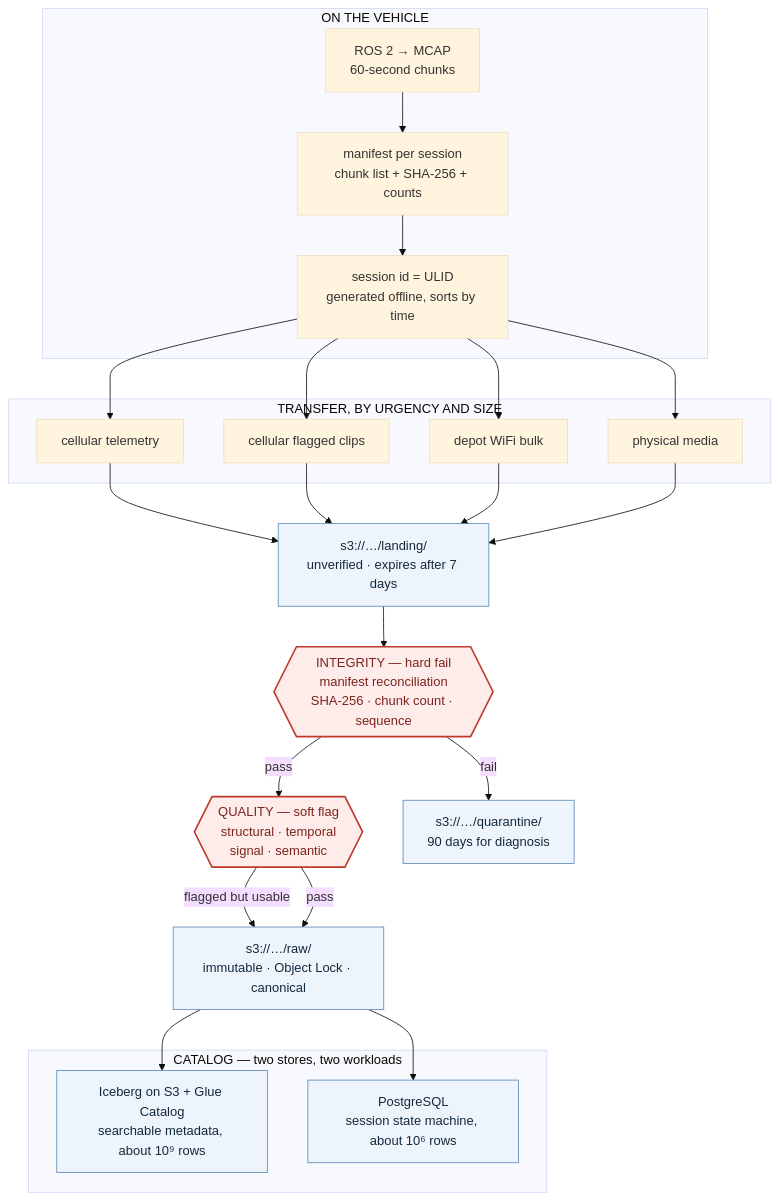
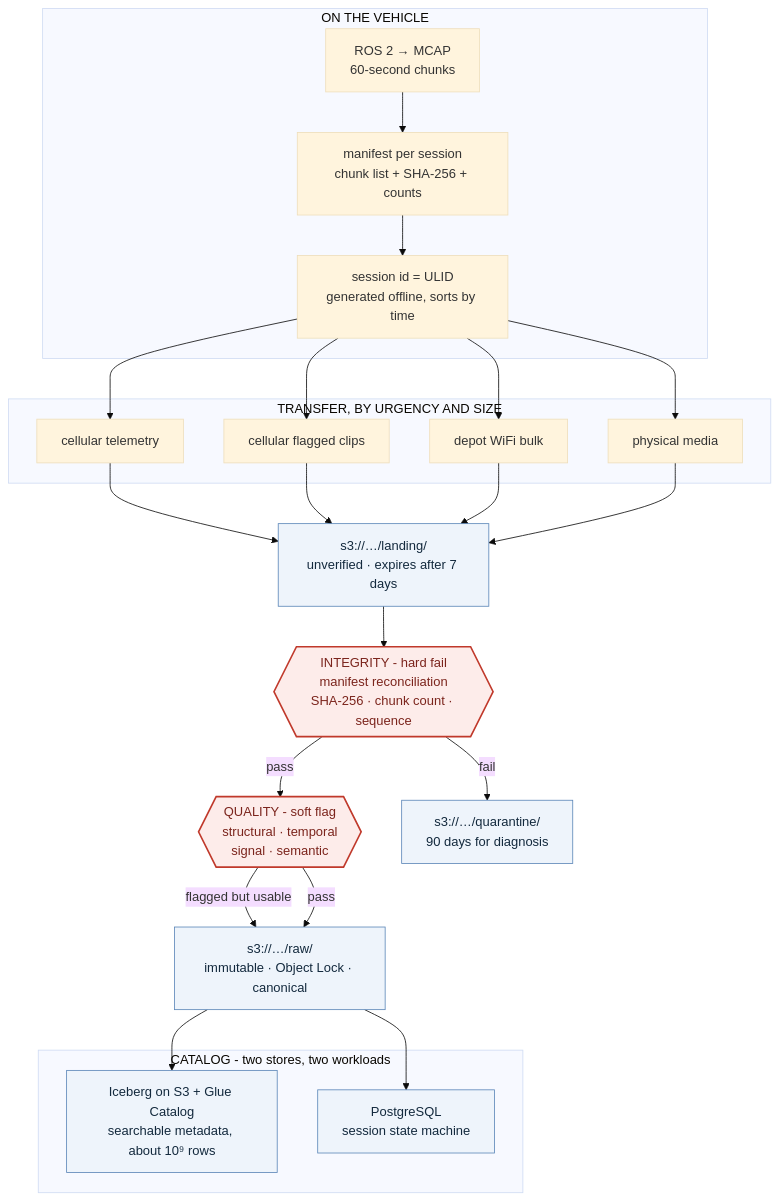
One commit to nakshatravyas/zensomy-data-flywheel changed the third of 8 diagrams in .site/docs/technical-design.md. Above: the diagram before and after it, drawn with Mermaid (base theme). The commit also changed other lines of this file and 9 other files, not shown here.

````diff
--- a/.site/docs/technical-design.md
+++ b/.site/docs/technical-design.md
@@ -132,44 +132,44 @@
 ```mermaid
 graph TB
     subgraph ONVEH["ON THE VEHICLE"]
         R["ROS 2 → MCAP<br/>60-second chunks"]
         MF["manifest per session<br/>chunk list + SHA-256 + counts"]
         ID["session id = ULID<br/>generated offline, sorts by time"]
         R --> MF --> ID
     end
 
     subgraph TIERS["TRANSFER, BY URGENCY AND SIZE"]
         A1["cellular telemetry"]
         A2["cellular flagged clips"]
         A3["depot WiFi bulk"]
         A4["physical media"]
     end
 
     L["s3://…/landing/<br/>unverified · expires after 7 days"]
 
-    INT{{"INTEGRITY — hard fail<br/>manifest reconciliation<br/>SHA-256 · chunk count · sequence"}}
-    QUAL{{"QUALITY — soft flag<br/>structural · temporal<br/>signal · semantic"}}
+    INT{{"INTEGRITY - hard fail<br/>manifest reconciliation<br/>SHA-256 · chunk count · sequence"}}
+    QUAL{{"QUALITY - soft flag<br/>structural · temporal<br/>signal · semantic"}}
 
     RAWZ["s3://…/raw/<br/>immutable · Object Lock · canonical"]
     QZ["s3://…/quarantine/<br/>90 days for diagnosis"]
 
-    subgraph CAT["CATALOG — two stores, two workloads"]
+    subgraph CAT["CATALOG - two stores, two workloads"]
         ICE["Iceberg on S3 + Glue Catalog<br/>searchable metadata, about 10⁹ rows"]
-        PG["PostgreSQL<br/>session state machine, about 10⁶ rows"]
+        PG["PostgreSQL<br/>session state machine"]
     end
 
     ID --> A1 & A2 & A3 & A4
     A1 & A2 & A3 & A4 --> L
     L --> INT
     INT -->|"fail"| QZ
     INT -->|"pass"| QUAL
     QUAL -->|"flagged but usable"| RAWZ
     QUAL -->|"pass"| RAWZ
     RAWZ --> ICE
     RAWZ --> PG
 
     classDef gate fill:#fdecea,stroke:#c0392b,stroke-width:2px,color:#7b241c
     classDef store fill:#eef4fb,stroke:#5b86b8,color:#13293d
     class INT,QUAL gate
     class L,RAWZ,QZ,ICE,PG store
 ```
````
